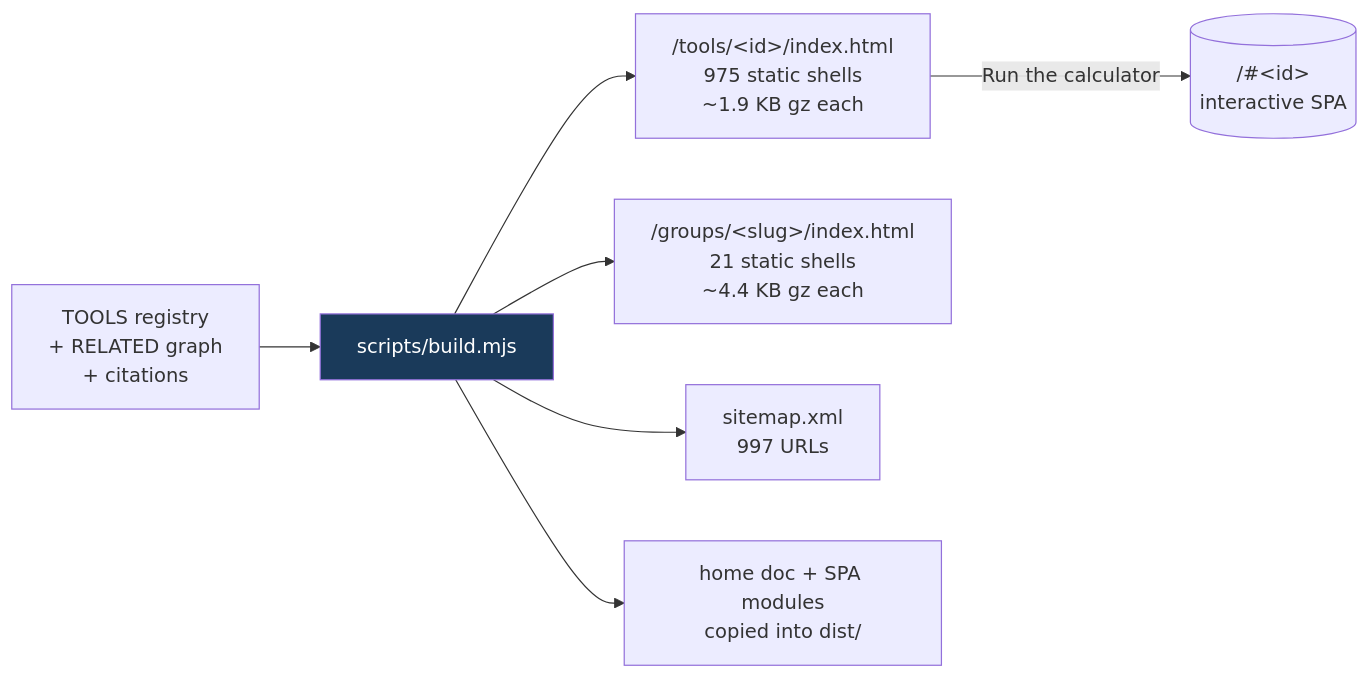
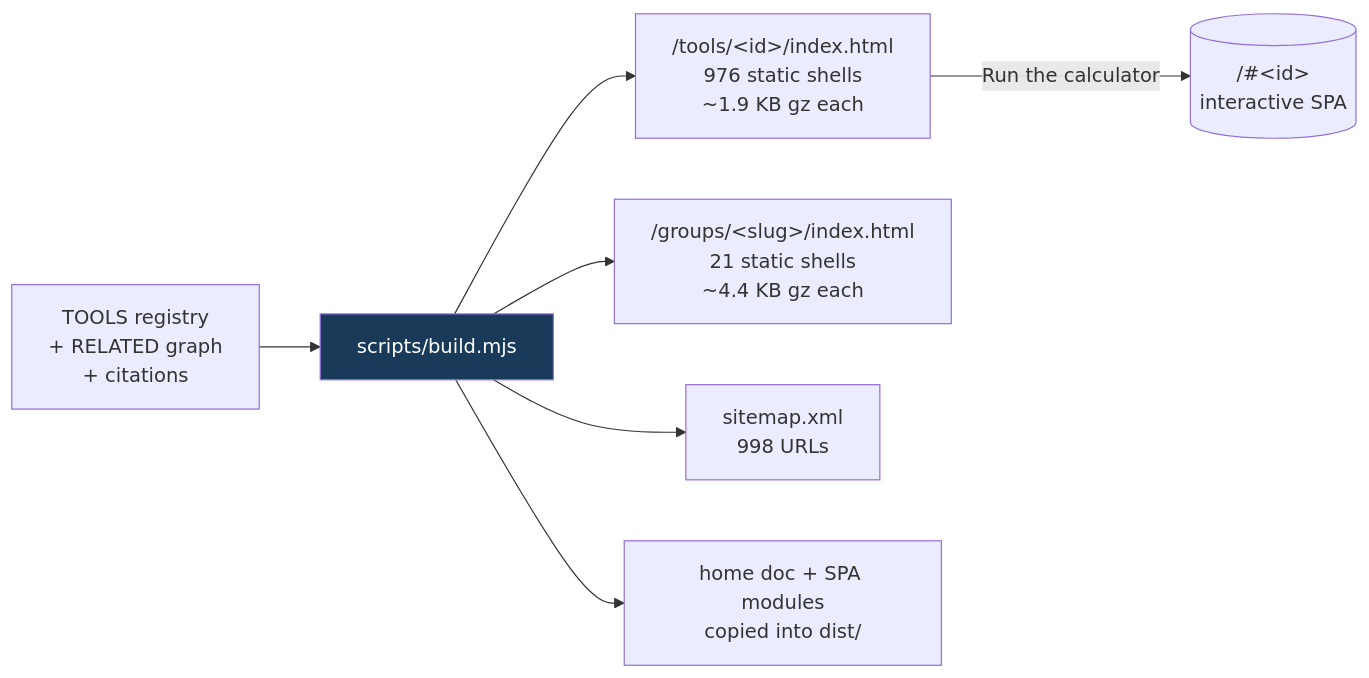
One commit to clay-good/roughlogic.com changed the fifth of 8 diagrams in README.md. Above: the diagram before and after it, drawn with Mermaid. The commit also changed other lines of this file and 12 other files, not shown here.

````diff
--- a/README.md
+++ b/README.md
@@ -495,10 +495,10 @@
 ```mermaid
 flowchart LR
     SRC[TOOLS registry\n+ RELATED graph\n+ citations] --> BUILD[scripts/build.mjs]
-    BUILD --> TILE["/tools/&lt;id&gt;/index.html\n975 static shells\n~1.9 KB gz each"]
+    BUILD --> TILE["/tools/&lt;id&gt;/index.html\n976 static shells\n~1.9 KB gz each"]
     BUILD --> GROUP["/groups/&lt;slug&gt;/index.html\n21 static shells\n~4.4 KB gz each"]
-    BUILD --> MAP["sitemap.xml\n997 URLs"]
+    BUILD --> MAP["sitemap.xml\n998 URLs"]
     BUILD --> COPY[home doc + SPA modules\ncopied into dist/]
     TILE -->|Run the calculator| SPA[("/#&lt;id&gt;\ninteractive SPA")]
     style BUILD fill:#1a3a5a,color:#fff
 ```
````
